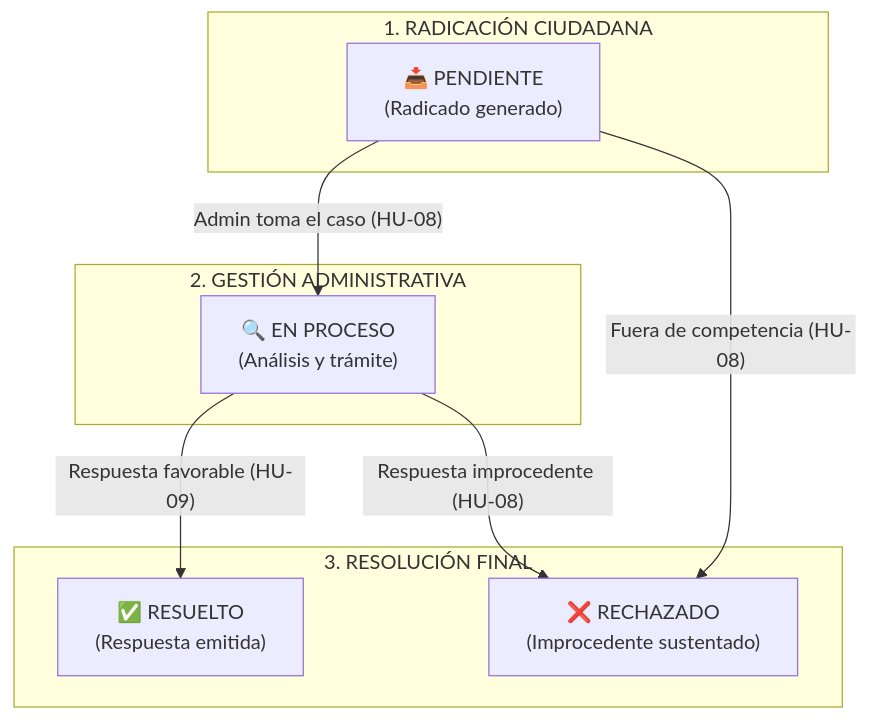
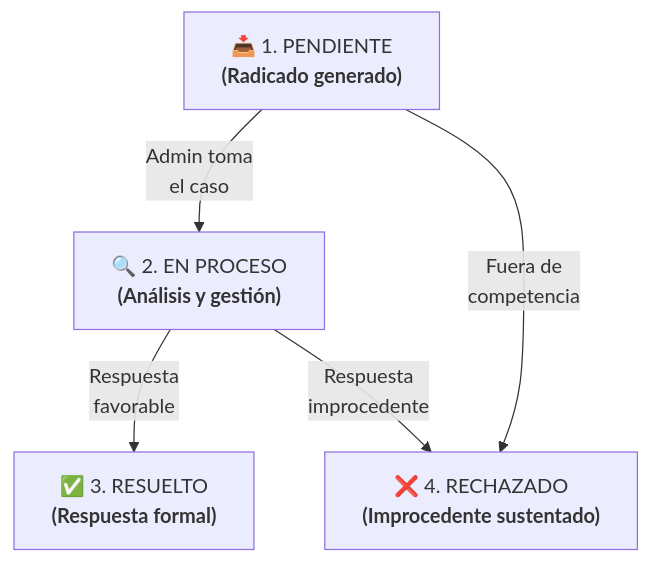
Before and after one commit to Santiago072/SistemaPQRS: the first of 2 diagrams in docs/Especificacion_Requisitos.md, drawn with Mermaid.

Commit message:
docs: simplificar estructura del diagrama de flujo y anadir saltos de linea en etiquetas para maxima legibilidad

````diff
--- a/docs/Especificacion_Requisitos.md
+++ b/docs/Especificacion_Requisitos.md
@@ -17,20 +17,12 @@
 ```mermaid
 flowchart TD
-    subgraph S1["1. RADICACIÓN CIUDADANA"]
-        A["📥 PENDIENTE\n(Radicado generado)"]
-    end
+    A["📥 1. PENDIENTE<br/><b>(Radicado generado)</b>"]
+    B["🔍 2. EN PROCESO<br/><b>(Análisis y gestión)</b>"]
+    C["✅ 3. RESUELTO<br/><b>(Respuesta formal)</b>"]
+    D["❌ 4. RECHAZADO<br/><b>(Improcedente sustentado)</b>"]
 
-    subgraph S2["2. GESTIÓN ADMINISTRATIVA"]
-        B["🔍 EN PROCESO\n(Análisis y trámite)"]
-    end
-
-    subgraph S3["3. RESOLUCIÓN FINAL"]
-        C["✅ RESUELTO\n(Respuesta emitida)"]
-        D["❌ RECHAZADO\n(Improcedente sustentado)"]
-    end
-
-    A -->|"Admin toma el caso (HU-08)"| B
-    A -->|"Fuera de competencia (HU-08)"| D
-    B -->|"Respuesta favorable (HU-09)"| C
-    B -->|"Respuesta improcedente (HU-08)"| D
+    A -->|"Admin toma<br/>el caso"| B
+    A -->|"Fuera de<br/>competencia"| D
+    B -->|"Respuesta<br/>favorable"| C
+    B -->|"Respuesta<br/>improcedente"| D
 ```
````
